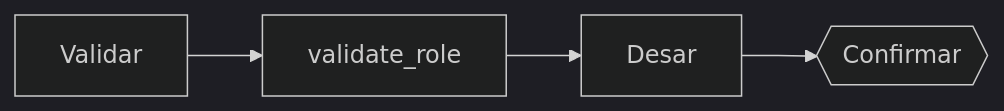
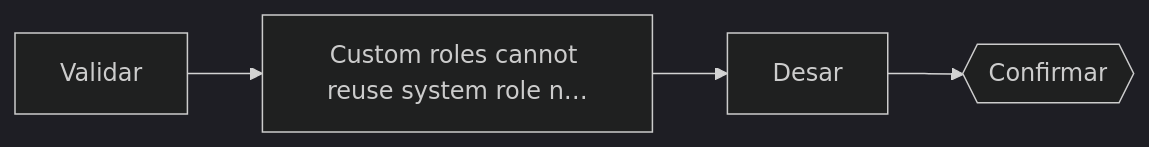
The diagram in examples/invoices/docs/resources/authz_roles.md (EloiSans/python-resource-engine), drawn with Mermaid (dark theme) before and after one commit. The commit also changed other lines of this file and 41 other files, not shown here.

````diff
--- a/examples/invoices/docs/resources/authz_roles.md
+++ b/examples/invoices/docs/resources/authz_roles.md
@@ -36,10 +32,10 @@
 ```mermaid
 flowchart LR
     s0["Validar"]
-    s1["validate_role"]
+    s1["Custom roles cannot reuse system role n…"]
     s0 --> s1
     s2["Desar"]
     s1 --> s2
     s3{{"Confirmar"}}
     s2 --> s3
 ```
````
